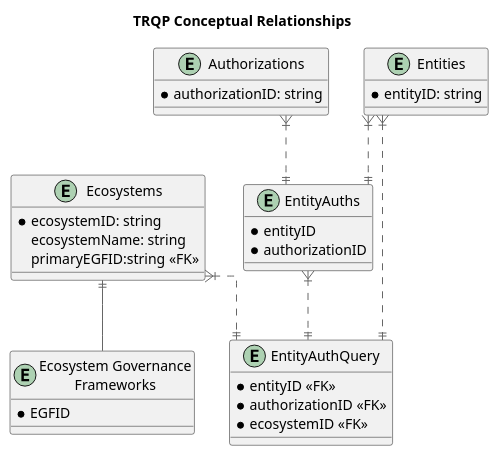
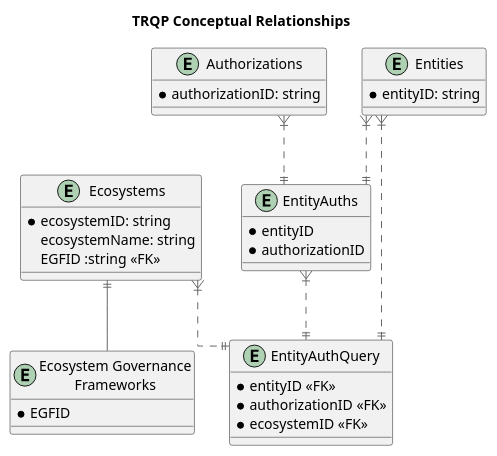
One commit to trustoverip/tswg-trust-registry-protocol changed the diagram in specification/v1/core/images/conceptual_ER.puml. Above: the diagram before and after it, drawn with PlantUML.

```diff
--- a/specification/v1/core/images/conceptual_ER.puml
+++ b/specification/v1/core/images/conceptual_ER.puml
@@ -1,93 +1,93 @@
 @startuml
 !include https://raw.githubusercontent.com/plantuml-stdlib/C4-PlantUML/master/C4_Container.puml
 
 title TRQP Conceptual Relationships
 skinparam linetype ortho
 
 entity "Ecosystem Governance Frameworks" as EGF {
     * EGFID
 }
 
 ' entity "EcosystemEGFs" as egfmapping {
 '     * ecosystemID
 '     * EGFID
 ' }
 
 entity "Ecosystems" as ecosystem {
     * ecosystemID: string 
       ecosystemName: string 
-      primaryEGFID:string <<FK>> 
+      EGFID :string <<FK>> 
 
     
 }
 
 entity "Entities" as entities {
     * entityID: string
 
 }
 
 entity "Authorizations" as authorizations {
     * authorizationID: string
 }
 
 entity EntityAuths {
     * entityID
     * authorizationID
 }
 
 entity EntityAuthQuery {
     * entityID <<FK>>
     * authorizationID <<FK>>
     * ecosystemID <<FK>>
 }
 
 ' Zero or One	|o--
 ' Exactly One	||--
 ' Zero or Many	}o--
 ' One or Many	}|--
 
 ecosystem ||-- EGF
 
 ' entity Authorizations
 entities }|..|| EntityAuths
 authorizations }|..|| EntityAuths
 
 ' the main (hacked) QUERY
 entities }|..|| EntityAuthQuery
 EntityAuths }|..|| EntityAuthQuery
 ecosystem }|..|| EntityAuthQuery
 
 '' ///// below here is the EGF deeper linkages allowing 1:N for Ecosystem:EGF
 
 ' entity EntityEGFs {
 '     * entityID <<FK>>
 '     * EGFID <<FK>>
 ' }
 
 ' entity EntityAuthQuery {
 '     * entityID <<FK>>
 '     * authorizationID <<FK>>
 '     * EGFID <<FK>>
 ' }
 
 
 
 
 ' ' ecosystem 1:n EGF
 ' egfmapping }|..|| ecosystem 
 ' egfmapping }|..|| EGF
 
 
 
 ' ' entity EGFs
 ' entities }|..|| EntityEGFs
 ' EGF }|..|| EntityEGFs
 
 ' ' the main QUERY
 ' entities }|..|| EntityAuthQuery
 ' authorizations }|..|| EntityAuthQuery
 ' EGF }|..|| EntityAuthQuery
 
 
 
 @enduml
```
